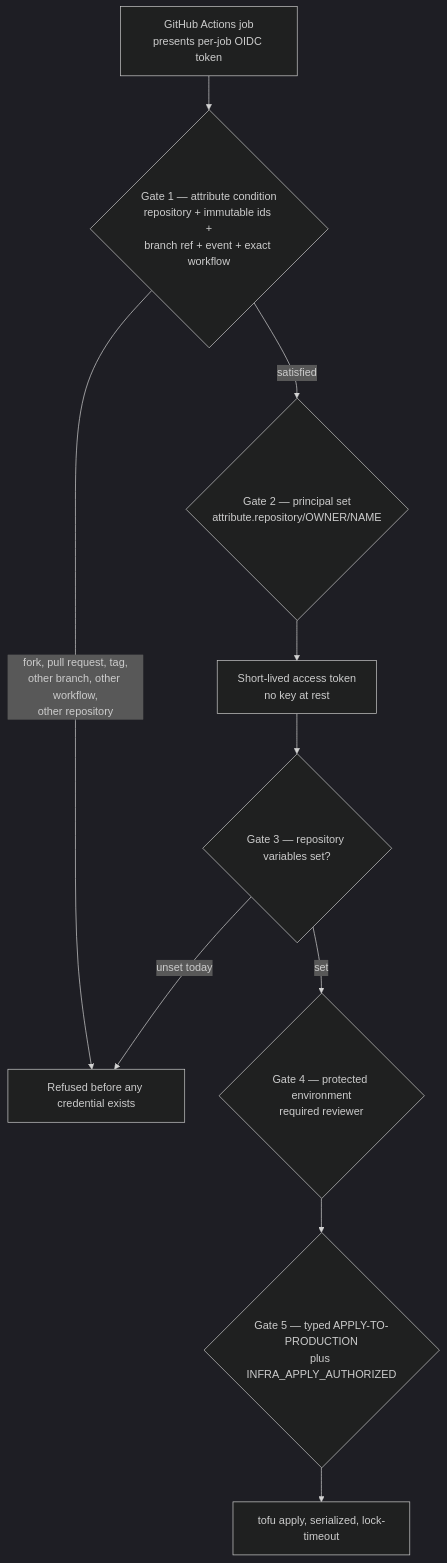
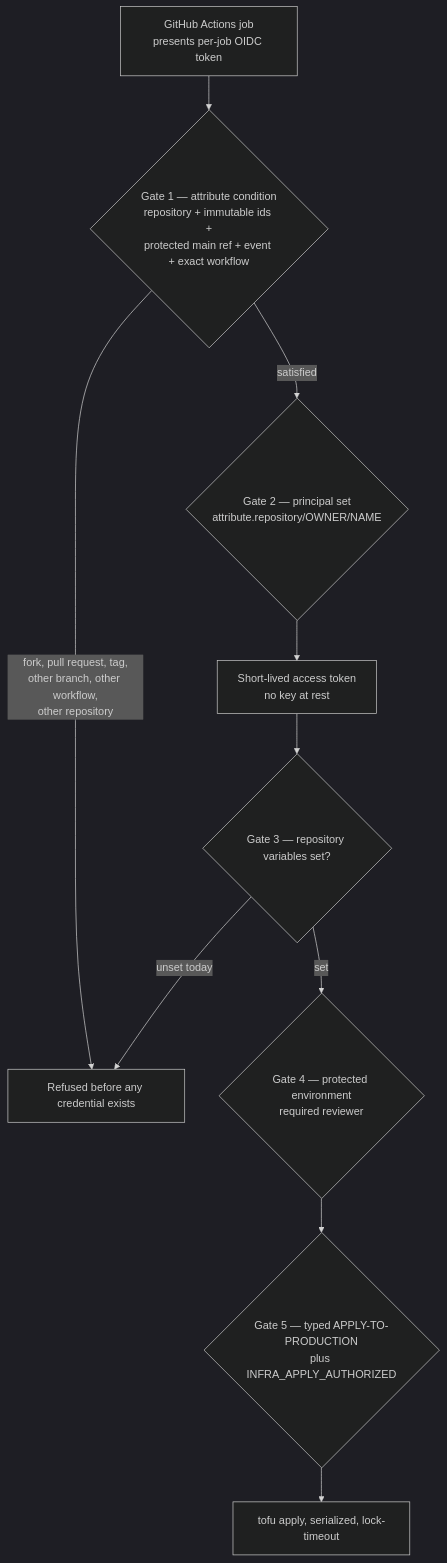
One commit to money-noodle/money-noodle changed the fifth of 9 diagrams in docs/architecture/overview.md. Above: the diagram before and after it, drawn with Mermaid (dark theme). The commit also changed other lines of this file and 19 other files, not shown here.

````diff
--- a/docs/architecture/overview.md
+++ b/docs/architecture/overview.md
@@ -243,22 +245,22 @@
 ```mermaid
 flowchart TB
     job["GitHub Actions job<br/>presents per-job OIDC token"]
-    cond{"Gate 1 — attribute condition<br/>repository + immutable ids +<br/>branch ref + event + exact workflow"}
+    cond{"Gate 1 — attribute condition<br/>repository + immutable ids +<br/>protected main ref + event + exact workflow"}
     pset{"Gate 2 — principal set<br/>attribute.repository/OWNER/NAME"}
     token["Short-lived access token<br/>no key at rest"]
 
     refused["Refused before any credential exists"]
 
     varGate{"Gate 3 — repository variables set?"}
     envGate{"Gate 4 — protected environment<br/>required reviewer"}
     typed{"Gate 5 — typed APPLY-TO-PRODUCTION<br/>plus INFRA_APPLY_AUTHORIZED"}
     apply["tofu apply, serialized, lock-timeout"]
 
     job --> cond
     cond -->|fork, pull request, tag,<br/>other branch, other workflow,<br/>other repository| refused
     cond -->|satisfied| pset
     pset --> token
     token --> varGate
     varGate -->|unset today| refused
     varGate -->|set| envGate --> typed --> apply
 ```
````
